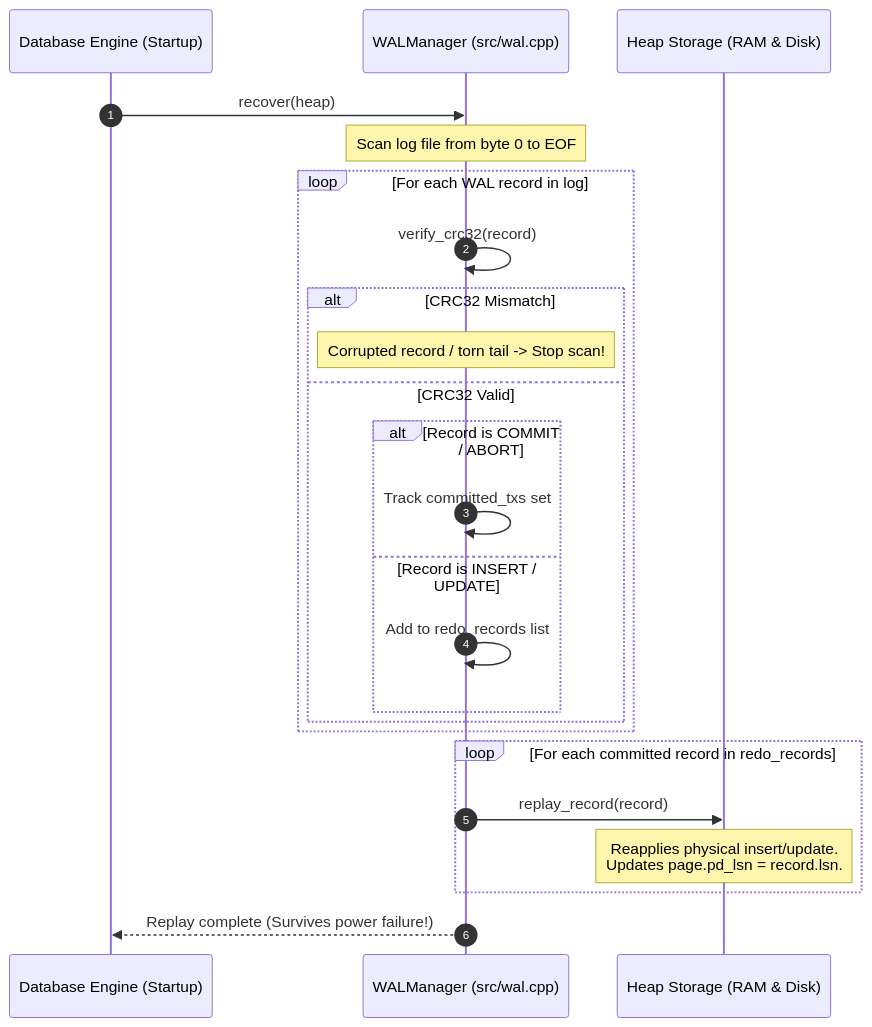
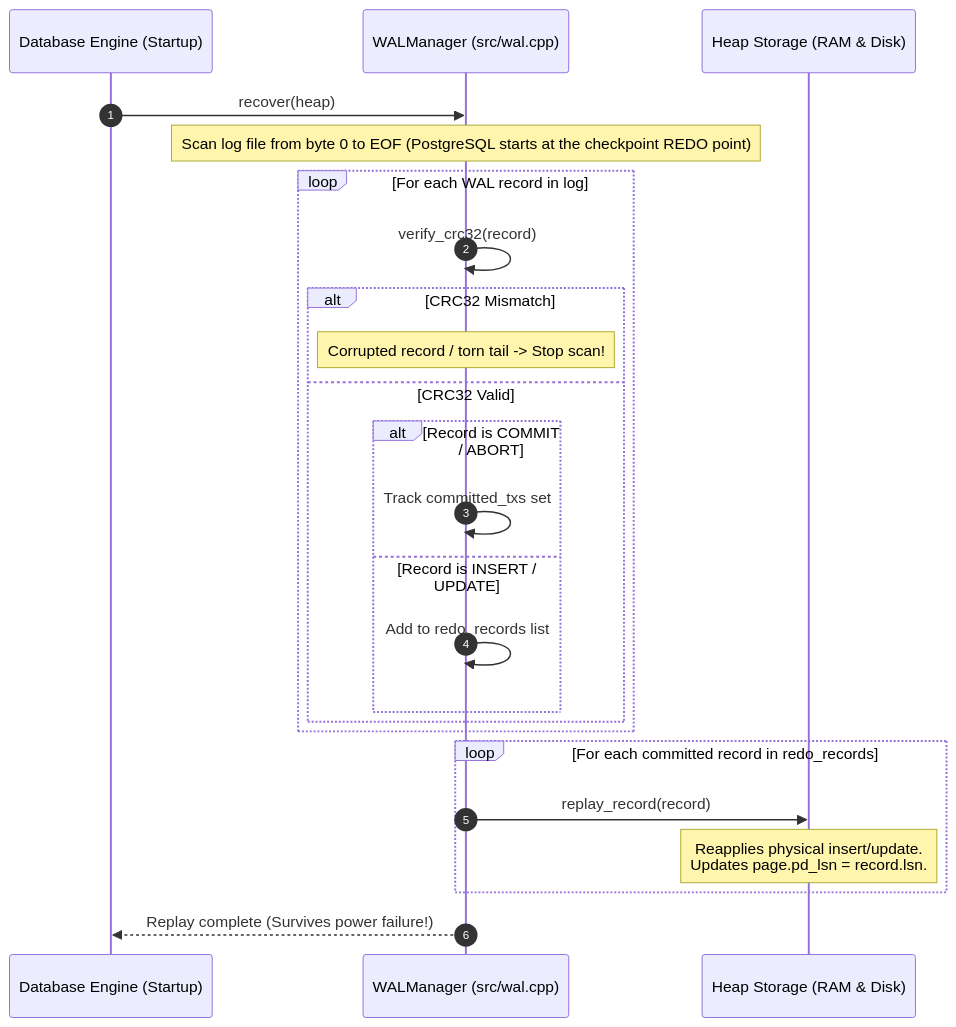
Before and after one commit to Nimastic/cpp-postgres: the second of 2 diagrams in notes/atlas/09-write-ahead-logging.md, drawn with Mermaid. The commit also changed other lines of this file and 62 other files, not shown here.

Commit message:
fix(core): remediate architecture audit findings (durability, sessions, recovery, single-gateway)

````diff
--- a/notes/atlas/09-write-ahead-logging.md
+++ b/notes/atlas/09-write-ahead-logging.md
@@ -46,27 +48,27 @@
 ```mermaid
 sequenceDiagram
     autonumber
     participant Engine as Database Engine (Startup)
     participant WAL as WALManager (src/wal.cpp)
     participant Heap as Heap Storage (RAM & Disk)
 
     Engine->>WAL: recover(heap)
-    Note over WAL: Scan log file from byte 0 to EOF
+    Note over WAL: Scan log file from byte 0 to EOF (PostgreSQL starts at the checkpoint REDO point)
     loop For each WAL record in log
         WAL->>WAL: verify_crc32(record)
         alt CRC32 Mismatch
             Note over WAL: Corrupted record / torn tail -> Stop scan!
         else CRC32 Valid
             alt Record is COMMIT / ABORT
                 WAL->>WAL: Track committed_txs set
             else Record is INSERT / UPDATE
                 WAL->>WAL: Add to redo_records list
             end
         end
     end
     loop For each committed record in redo_records
         WAL->>Heap: replay_record(record)
         Note over Heap: Reapplies physical insert/update.<br/>Updates page.pd_lsn = record.lsn.
     end
     WAL-->>Engine: Replay complete (Survives power failure!)
 ```
````
